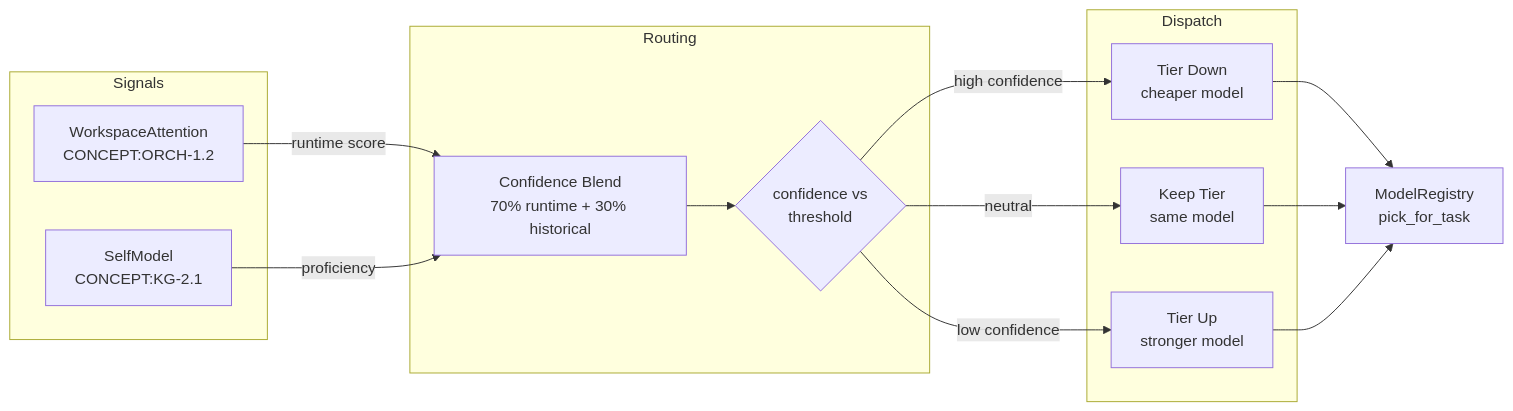
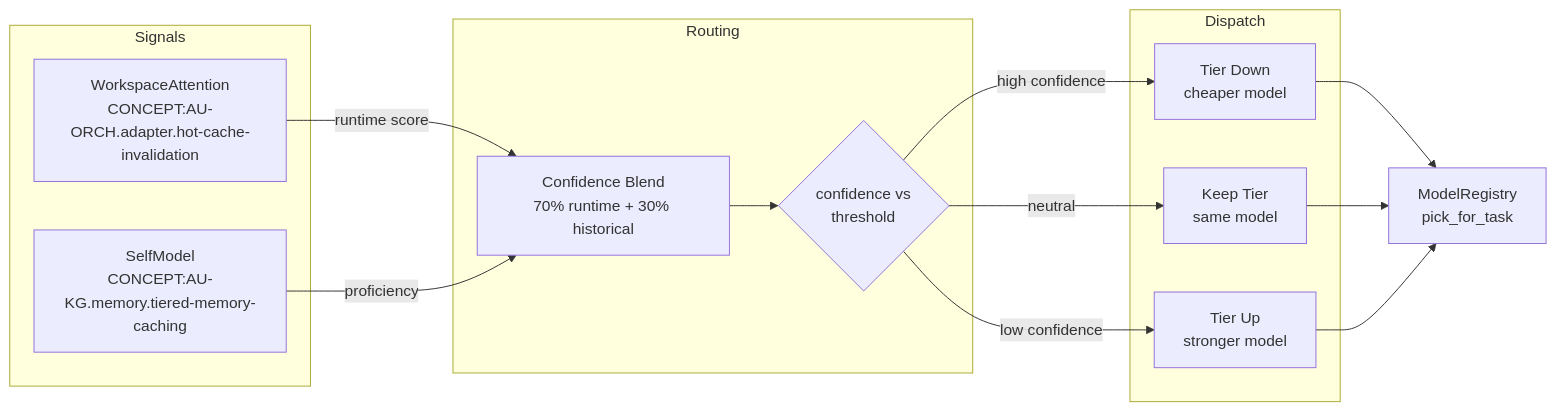
The first of 3 diagrams in docs/guides/squeeze-evolve-routing.md (Knuckles-Team/agent-utilities), drawn with Mermaid before and after one commit. The commit also changed other lines of this file and 2324 other files, not shown here.

````diff
--- a/docs/guides/squeeze-evolve-routing.md
+++ b/docs/guides/squeeze-evolve-routing.md
@@ -35,23 +35,23 @@
 ```mermaid
 flowchart LR
     subgraph Signals
-        WA["WorkspaceAttention<br/>CONCEPT:ORCH-1.2"]
-        SM["SelfModel<br/>CONCEPT:KG-2.1"]
+        WA["WorkspaceAttention<br/>CONCEPT:AU-ORCH.adapter.hot-cache-invalidation"]
+        SM["SelfModel<br/>CONCEPT:AU-KG.memory.tiered-memory-caching"]
     end
 
     subgraph Routing
         WA -->|runtime score| BLEND["Confidence Blend<br/>70% runtime + 30% historical"]
         SM -->|proficiency| BLEND
         BLEND --> GATE{"confidence vs<br/>threshold"}
     end
 
     subgraph Dispatch
         GATE -->|high confidence| DOWN["Tier Down<br/>cheaper model"]
         GATE -->|neutral| KEEP["Keep Tier<br/>same model"]
         GATE -->|low confidence| UP["Tier Up<br/>stronger model"]
     end
 
     DOWN --> REG["ModelRegistry<br/>pick_for_task"]
     KEEP --> REG
     UP --> REG
 ```
````
